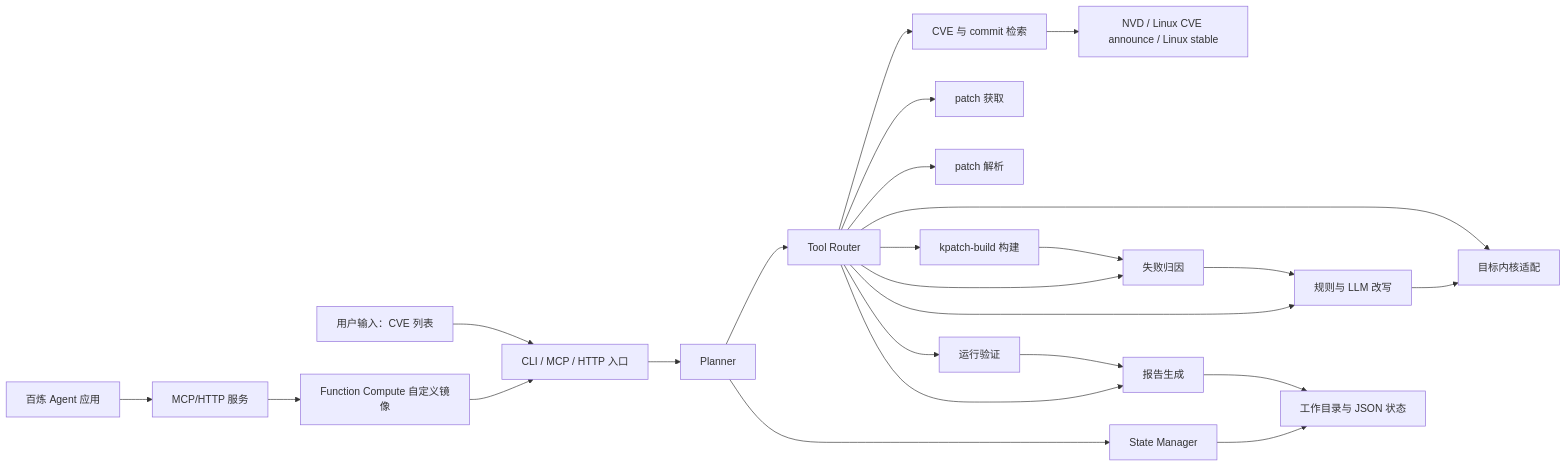
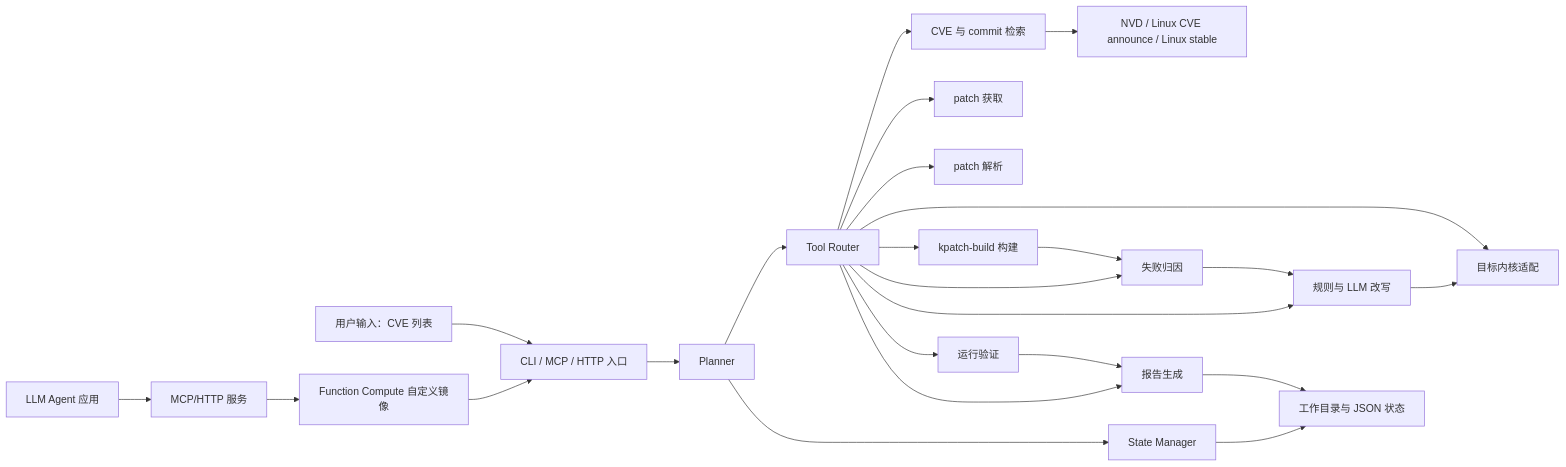
One commit to lsbbdbb/kernel_project_v1 changed the first of 13 diagrams in README.md. Above: the diagram before and after it, drawn with Mermaid. The commit also changed other lines of this file and 54 other files, not shown here.

````diff
--- a/README.md
+++ b/README.md
@@ -173,26 +173,26 @@
 ```mermaid
 flowchart LR
     User["用户输入：CVE 列表"] --> Entry["CLI / MCP / HTTP 入口"]
     Entry --> Planner["Planner"]
     Planner --> Router["Tool Router"]
     Planner --> State["State Manager"]
     Router --> Resolver["CVE 与 commit 检索"]
     Router --> Fetcher["patch 获取"]
     Router --> Parser["patch 解析"]
     Router --> Adapter["目标内核适配"]
     Router --> Builder["kpatch-build 构建"]
     Router --> Classifier["失败归因"]
     Router --> Rewriter["规则与 LLM 改写"]
     Router --> Verifier["运行验证"]
     Router --> Reporter["报告生成"]
     Resolver --> Sources["NVD / Linux CVE announce / Linux stable"]
     Builder --> Classifier
     Classifier --> Rewriter
     Rewriter --> Adapter
     Verifier --> Reporter
     State --> Store["工作目录与 JSON 状态"]
     Reporter --> Store
-    Bailian["百炼 Agent 应用"] --> MCP["MCP/HTTP 服务"]
+    Bailian["LLM Agent 应用"] --> MCP["MCP/HTTP 服务"]
     MCP --> FC["Function Compute 自定义镜像"]
     FC --> Entry
 ```
````
